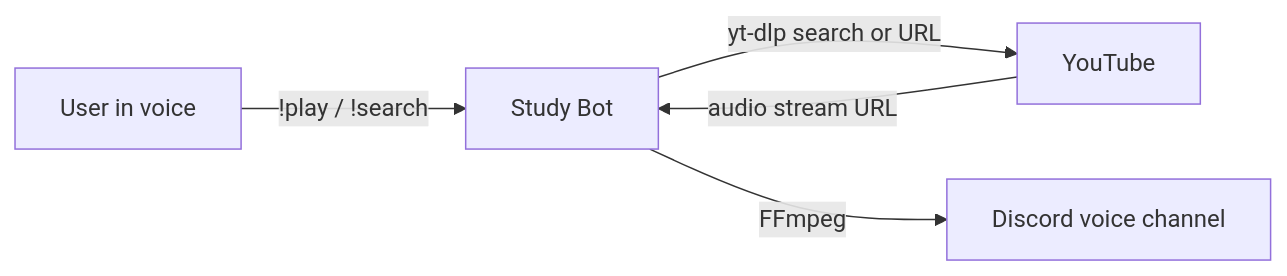
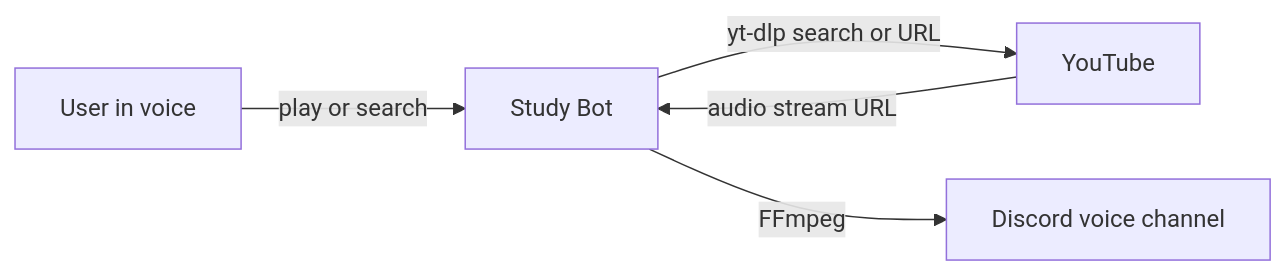
The diagram in README.md (Dpoin23/Study-Bot), drawn with Mermaid before and after one commit.

Commit message:
fix: resolve README rendering issues.

````diff
--- a/README.md
+++ b/README.md
@@ -42,7 +42,7 @@
 ```mermaid
 flowchart LR
-  A[User in voice] -->|!play / !search| B[Study Bot]
-  B -->|yt-dlp search or URL| C[YouTube]
-  C -->|audio stream URL| B
-  B -->|FFmpeg| D[Discord voice channel]
+  A["User in voice"] -->|"play or search"| B["Study Bot"]
+  B -->|"yt-dlp search or URL"| C["YouTube"]
+  C -->|"audio stream URL"| B
+  B -->|"FFmpeg"| D["Discord voice channel"]
 ```
````
